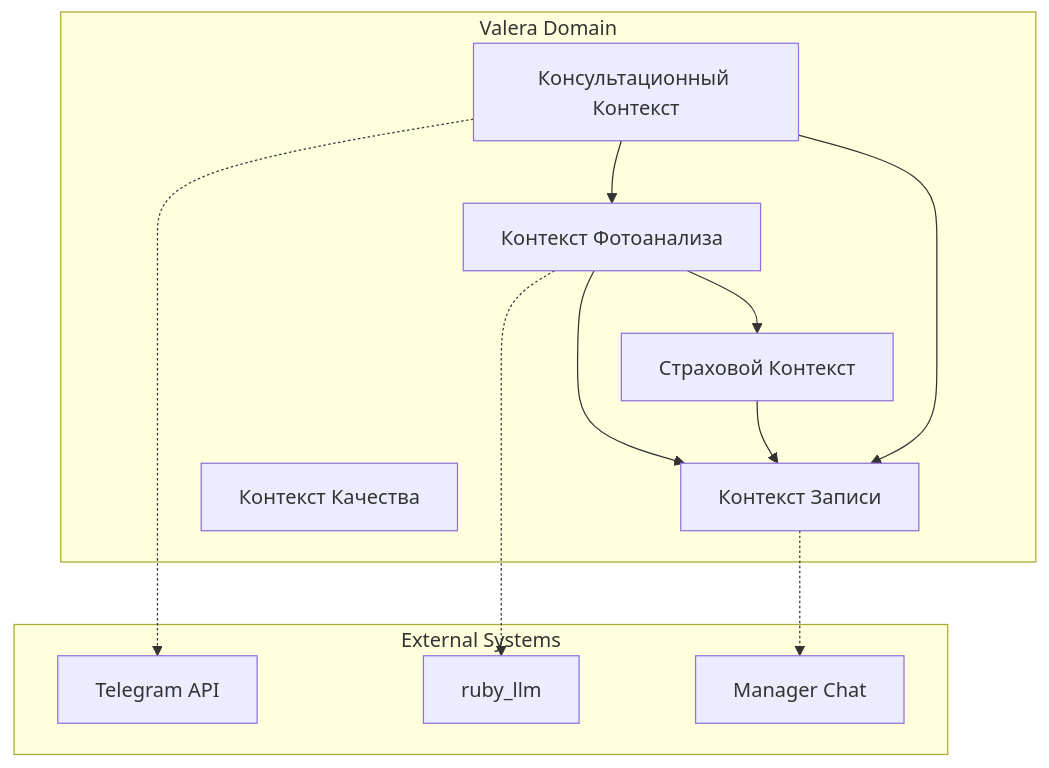
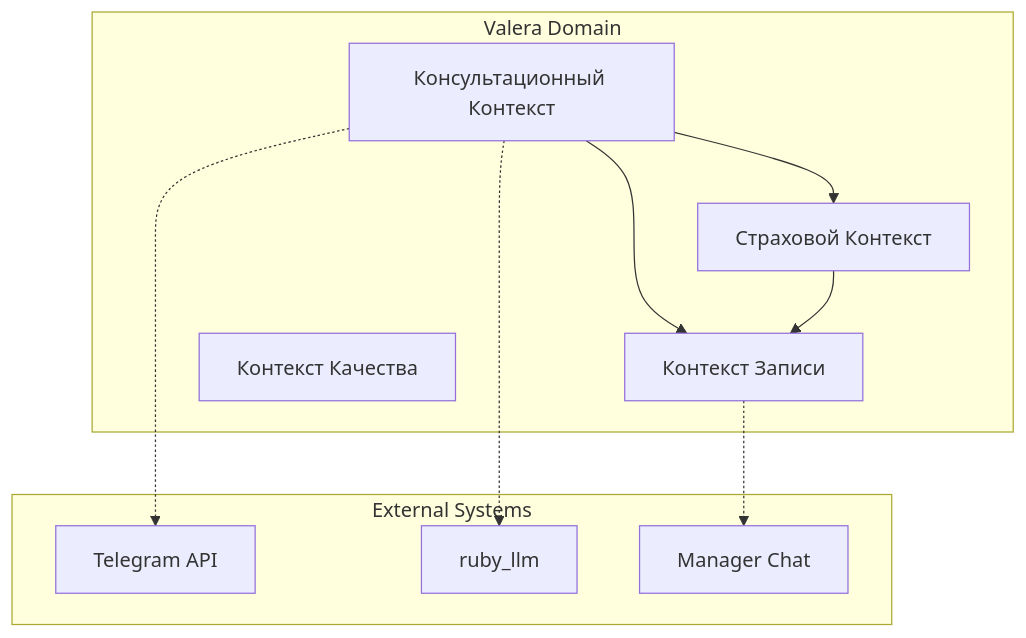
One commit to dapi/valera changed the diagram in docs/domain/bounded-contexts.md. Above: the diagram before and after it, drawn with Mermaid. The commit also changed other lines of this file and 15 other files, not shown here.

First line of the commit message:
docs: Remove photo analysis feature from roadmap and documentation

````diff
--- a/docs/domain/bounded-contexts.md
+++ b/docs/domain/bounded-contexts.md
@@ -13,26 +13,23 @@
 ```mermaid
 graph TB
     subgraph "Valera Domain"
         CC[Консультационный Контекст]
-        PA[Контекст Фотоанализа]
         IC[Страховой Контекст]
         BK[Контекст Записи]
         QC[Контекст Качества]
     end
 
-    CC --> PA
-    PA --> IC
-    PA --> BK
+    CC --> IC
+    CC --> BK
     IC --> BK
-    CC --> BK
 
     subgraph "External Systems"
         TG[Telegram API]
         LLM[ruby_llm]
         MAN[Manager Chat]
     end
 
     CC -.-> TG
-    PA -.-> LLM
+    CC -.-> LLM
     BK -.-> MAN
 ```
````
